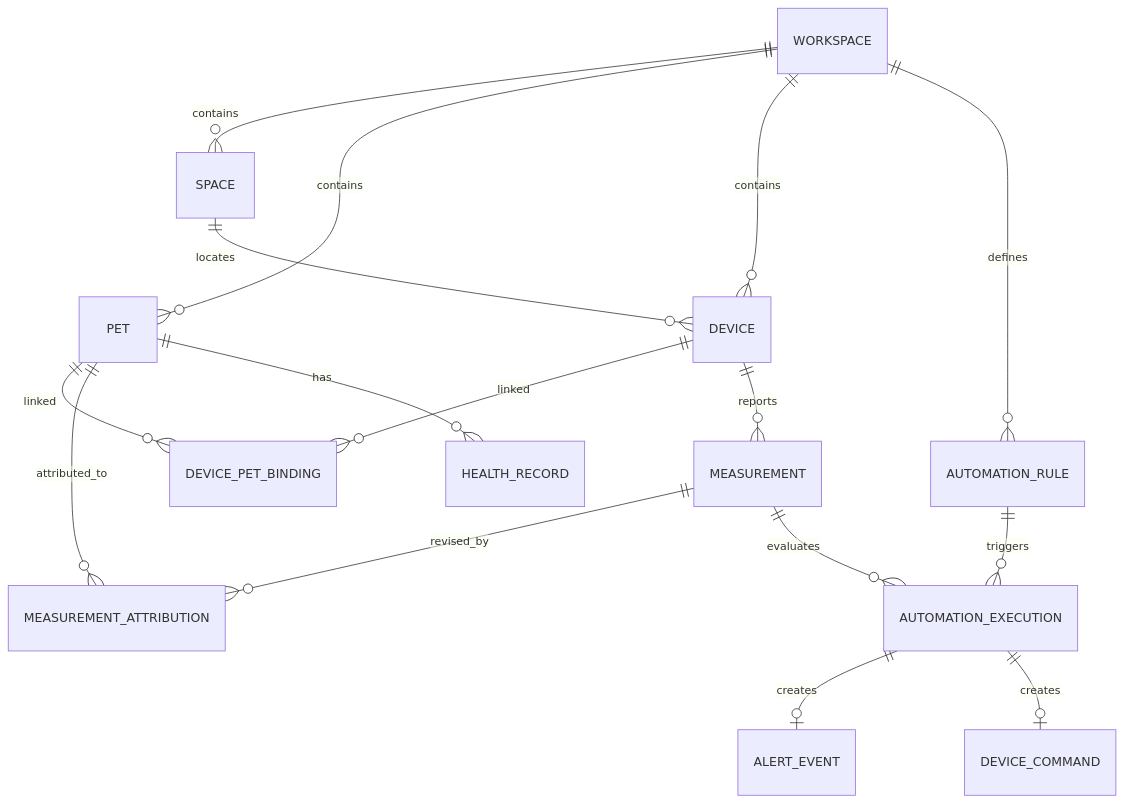
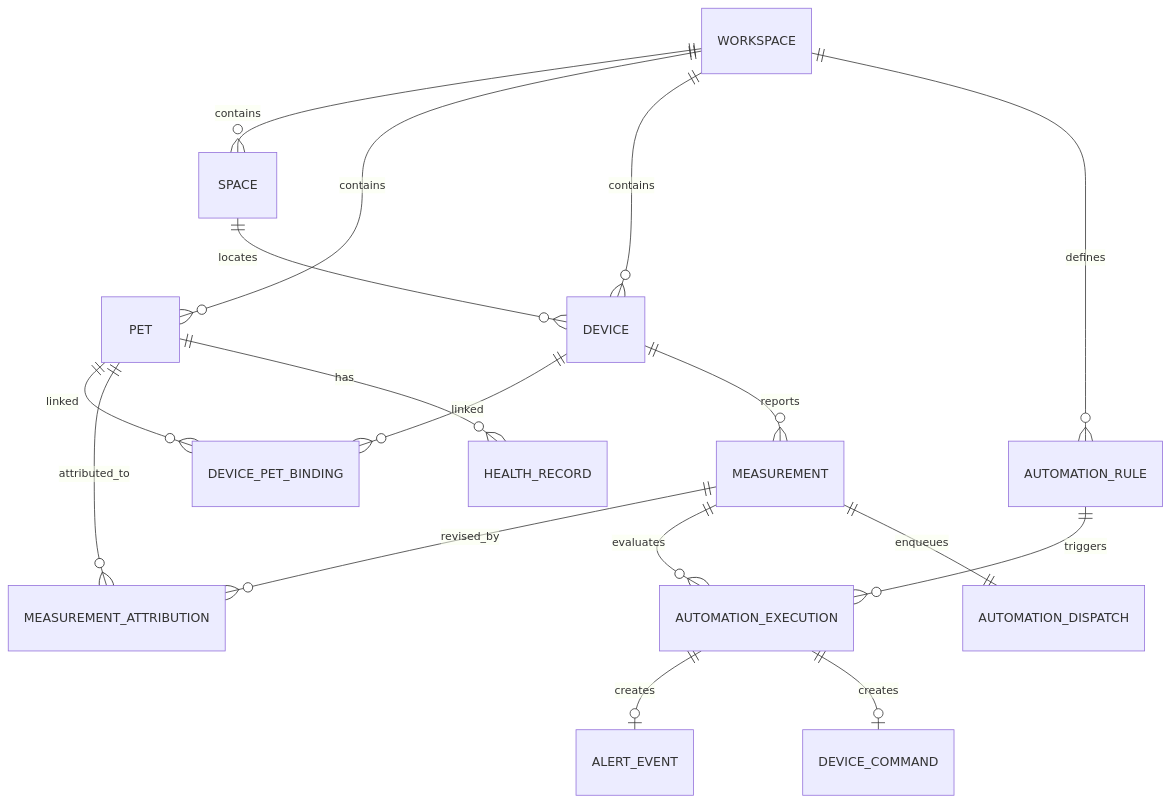
Before and after one commit to Theo-228/pet-db-course-design: the diagram in docs/database-design.md, drawn with Mermaid. The commit also changed other lines of this file and 50 other files, not shown here.

````diff
--- a/docs/database-design.md
+++ b/docs/database-design.md
@@ -11,18 +11,19 @@
 ```mermaid
 erDiagram
     WORKSPACE ||--o{ SPACE : contains
     WORKSPACE ||--o{ PET : contains
     WORKSPACE ||--o{ DEVICE : contains
     SPACE ||--o{ DEVICE : locates
     PET ||--o{ DEVICE_PET_BINDING : linked
     DEVICE ||--o{ DEVICE_PET_BINDING : linked
     DEVICE ||--o{ MEASUREMENT : reports
     MEASUREMENT ||--o{ MEASUREMENT_ATTRIBUTION : revised_by
     PET ||--o{ MEASUREMENT_ATTRIBUTION : attributed_to
     PET ||--o{ HEALTH_RECORD : has
     WORKSPACE ||--o{ AUTOMATION_RULE : defines
     AUTOMATION_RULE ||--o{ AUTOMATION_EXECUTION : triggers
     MEASUREMENT ||--o{ AUTOMATION_EXECUTION : evaluates
+    MEASUREMENT ||--|| AUTOMATION_DISPATCH : enqueues
     AUTOMATION_EXECUTION ||--o| ALERT_EVENT : creates
     AUTOMATION_EXECUTION ||--o| DEVICE_COMMAND : creates
 ```
````
